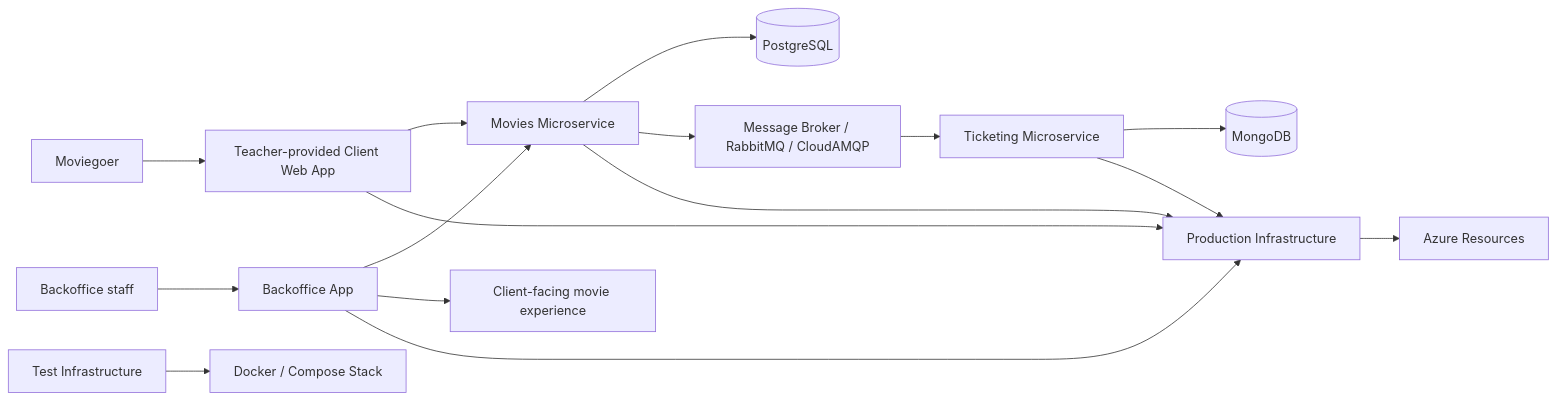
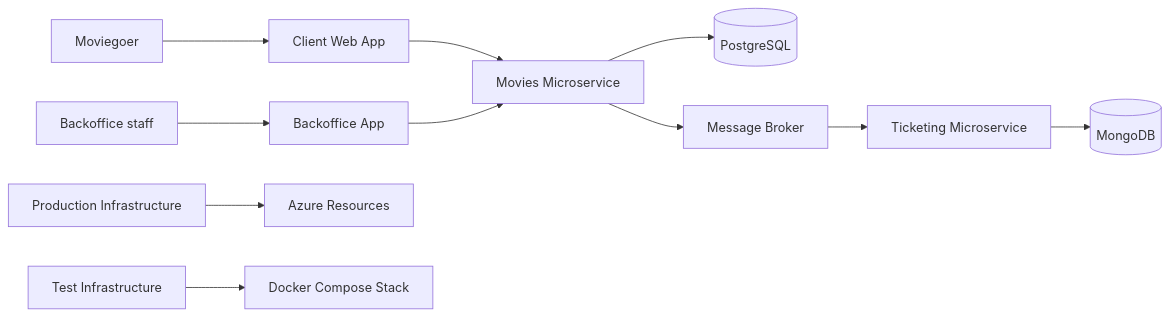
One commit to HowestPrime-Movies-Project/.github changed the diagram in profile/README.md. Above: the diagram before and after it, drawn with Mermaid. The commit also changed other lines of this file, not shown here.

````diff
--- a/profile/README.md
+++ b/profile/README.md
@@ -20,23 +49,16 @@
 ```mermaid
 flowchart LR
-    Customer[Moviegoer] --> WEB[Teacher-provided Client Web App]
+    Customer[Moviegoer] --> WEB[Client Web App]
     Admin[Backoffice staff] --> BO[Backoffice App]
 
     WEB --> MOVIES[Movies Microservice]
     BO --> MOVIES
     MOVIES --> PG[(PostgreSQL)]
-    MOVIES --> MQ[Message Broker / RabbitMQ / CloudAMQP]
+    MOVIES --> MQ[Message Broker]
 
     MQ --> TICK[Ticketing Microservice]
     TICK --> MONGO[(MongoDB)]
 
-    BO --> CLIENT[Client-facing movie experience]
-
     PROD[Production Infrastructure] --> AZ[Azure Resources]
-    TEST[Test Infrastructure] --> DOCKER[Docker / Compose Stack]
-
-    MOVIES --> PROD
-    TICK --> PROD
-    BO --> PROD
-    WEB --> PROD
+    TEST[Test Infrastructure] --> DOCKER[Docker Compose Stack]
 ```
````
